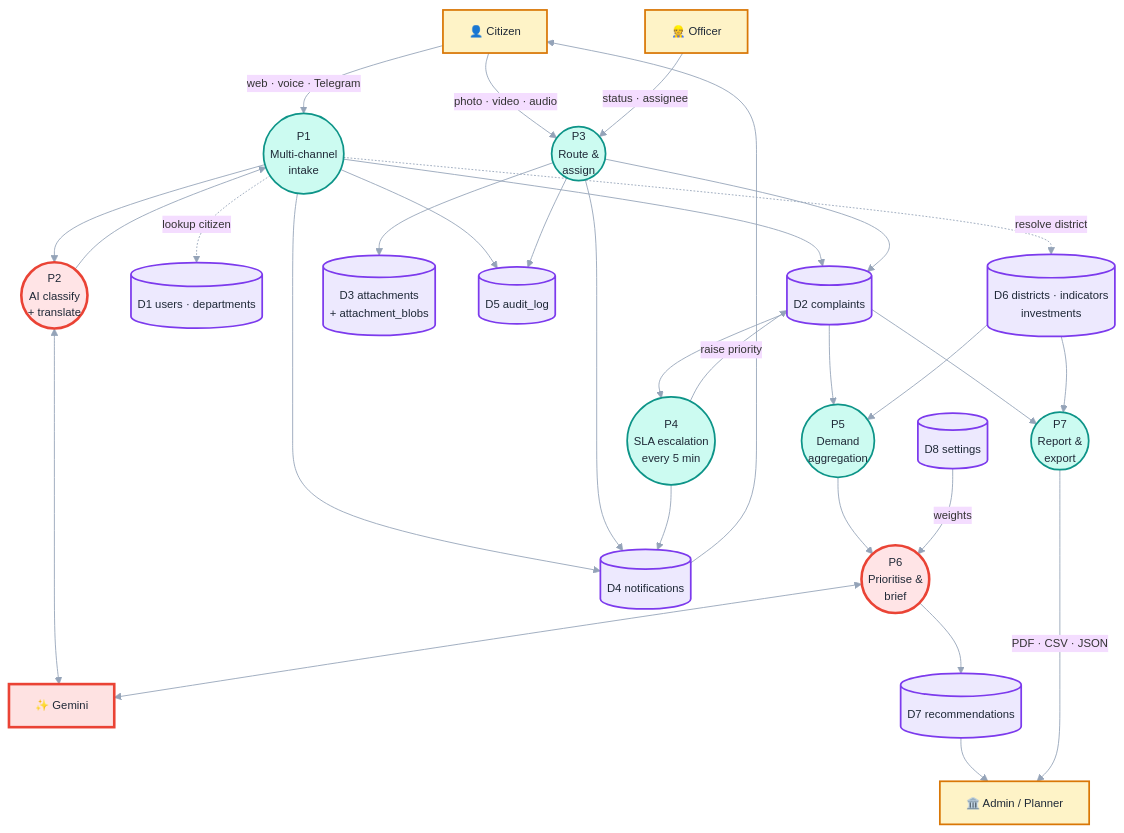
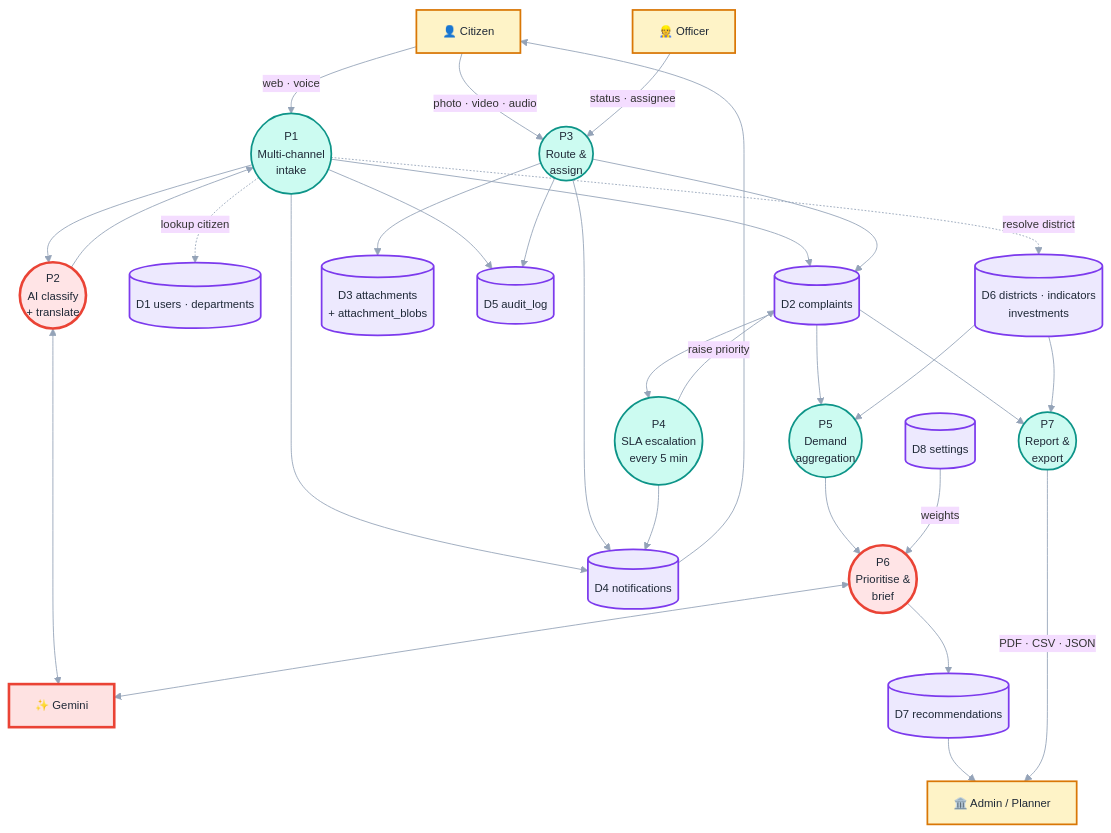
One commit to khushboocodes/Nivaran changed the fifth of 7 diagrams in README.md. Above: the diagram before and after it, drawn with Mermaid. The commit also changed other lines of this file, not shown here.

````diff
--- a/README.md
+++ b/README.md
@@ -567,67 +557,67 @@
 ```mermaid
 %%{init: {'theme':'base','themeVariables':{'fontSize':'13px','lineColor':'#94a3b8'}}}%%
 graph TB
     CIT["👤 Citizen"]
     OFF["👷 Officer"]
     ADM["🏛️ Admin / Planner"]
     GEMX["✨ Gemini"]
 
     P1(("P1<br/>Multi-channel<br/>intake"))
     P2(("P2<br/>AI classify<br/>+ translate"))
     P3(("P3<br/>Route &<br/>assign"))
     P4(("P4<br/>SLA escalation<br/>every 5 min"))
     P5(("P5<br/>Demand<br/>aggregation"))
     P6(("P6<br/>Prioritise &<br/>brief"))
     P7(("P7<br/>Report &<br/>export"))
 
     D1[("D1 users · departments")]
     D2[("D2 complaints")]
     D3[("D3 attachments<br/>+ attachment_blobs")]
     D4[("D4 notifications")]
     D5[("D5 audit_log")]
     D6[("D6 districts · indicators<br/>investments")]
     D7[("D7 recommendations")]
     D8[("D8 settings")]
 
-    CIT -->|"web · voice · Telegram"| P1
+    CIT -->|"web · voice"| P1
     CIT -->|"photo · video · audio"| P3
     P1 --> P2
     P2 <--> GEMX
     P2 --> P1
     P1 --> D2
     P1 --> D4
     P1 --> D5
     P1 -.->|"resolve district"| D6
     P1 -.->|"lookup citizen"| D1
     P3 --> D3
     OFF -->|"status · assignee"| P3
     P3 --> D2
     P3 --> D4
     P3 --> D5
     D2 --> P4
     P4 -->|"raise priority"| D2
     P4 --> D4
     D2 --> P5
     D6 --> P5
     P5 --> P6
     D8 -->|"weights"| P6
     P6 <--> GEMX
     P6 --> D7
     D7 --> ADM
     D2 --> P7
     D6 --> P7
     P7 -->|"PDF · CSV · JSON"| ADM
     D4 --> CIT
 
     classDef actor fill:#fef3c7,stroke:#d97706,stroke-width:2px,color:#1f2937
     classDef proc fill:#ccfbf1,stroke:#0d9488,stroke-width:2px,color:#1f2937
     classDef procAI fill:#ffe4e6,stroke:#ea4335,stroke-width:3px,color:#1f2937
     classDef store fill:#ede9fe,stroke:#7c3aed,stroke-width:2px,color:#1f2937
     classDef google fill:#fee2e2,stroke:#ea4335,stroke-width:3px,color:#1f2937
 
     class CIT,OFF,ADM actor
     class P1,P3,P4,P5,P7 proc
     class P2,P6 procAI
     class D1,D2,D3,D4,D5,D6,D7,D8 store
     class GEMX google
 ```
````
